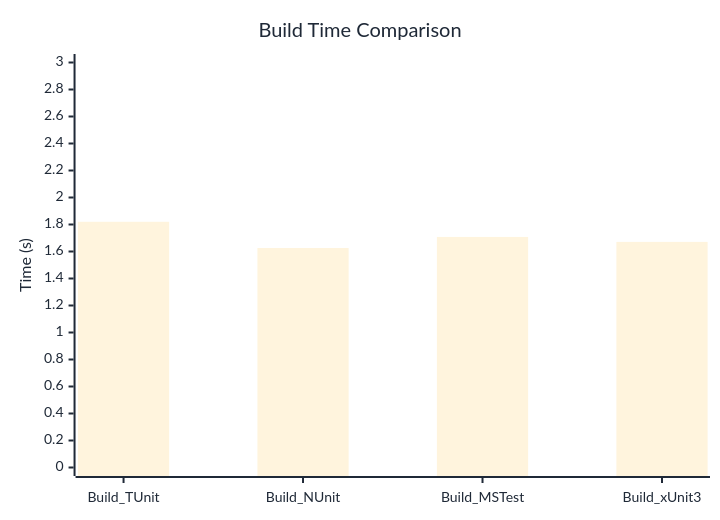
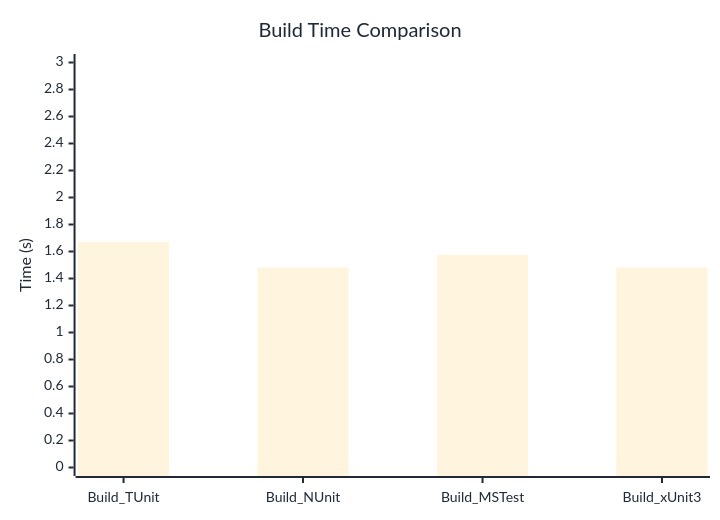
Before and after one commit to thomhurst/TUnit: the diagram in docs/docs/benchmarks/BuildTime.md, drawn with Mermaid. The commit also changed other lines of this file and 17 other files, not shown here.

````diff
--- a/docs/docs/benchmarks/BuildTime.md
+++ b/docs/docs/benchmarks/BuildTime.md
@@ -28,37 +28,37 @@
 ```mermaid
 %%{init: {
   'theme':'base',
   'themeVariables': {
     'primaryColor': '#2563eb',
     'primaryTextColor': '#1f2937',
     'primaryBorderColor': '#1e40af',
     'lineColor': '#6b7280',
     'secondaryColor': '#7c3aed',
     'tertiaryColor': '#dc2626',
     'background': '#ffffff',
     'mainBkg': '#2563eb',
     'secondBkg': '#7c3aed',
     'tertiaryBkg': '#dc2626',
     'clusterBkg': '#f3f4f6',
     'edgeLabelBackground': '#ffffff',
     'tertiaryTextColor': '#1f2937',
     'pie1': '#2563eb',
     'pie2': '#7c3aed',
     'pie3': '#dc2626',
     'pie4': '#f59e0b',
     'pie5': '#10b981',
     'pie6': '#06b6d4',
     'pie7': '#ec4899',
     'pie8': '#6366f1',
     'pie9': '#84cc16',
     'pie10': '#f97316',
     'pie11': '#14b8a6',
     'pie12': '#a855f7'
   }
 }}%%
 xychart-beta
   title "Build Time Comparison"
   x-axis ["Build_TUnit", "Build_NUnit", "Build_MSTest", "Build_xUnit3"]
   y-axis "Time (s)" 0 --> 3
-  bar [1.82, 1.626, 1.708, 1.671]
+  bar [1.672, 1.481, 1.576, 1.481]
 ```
````
